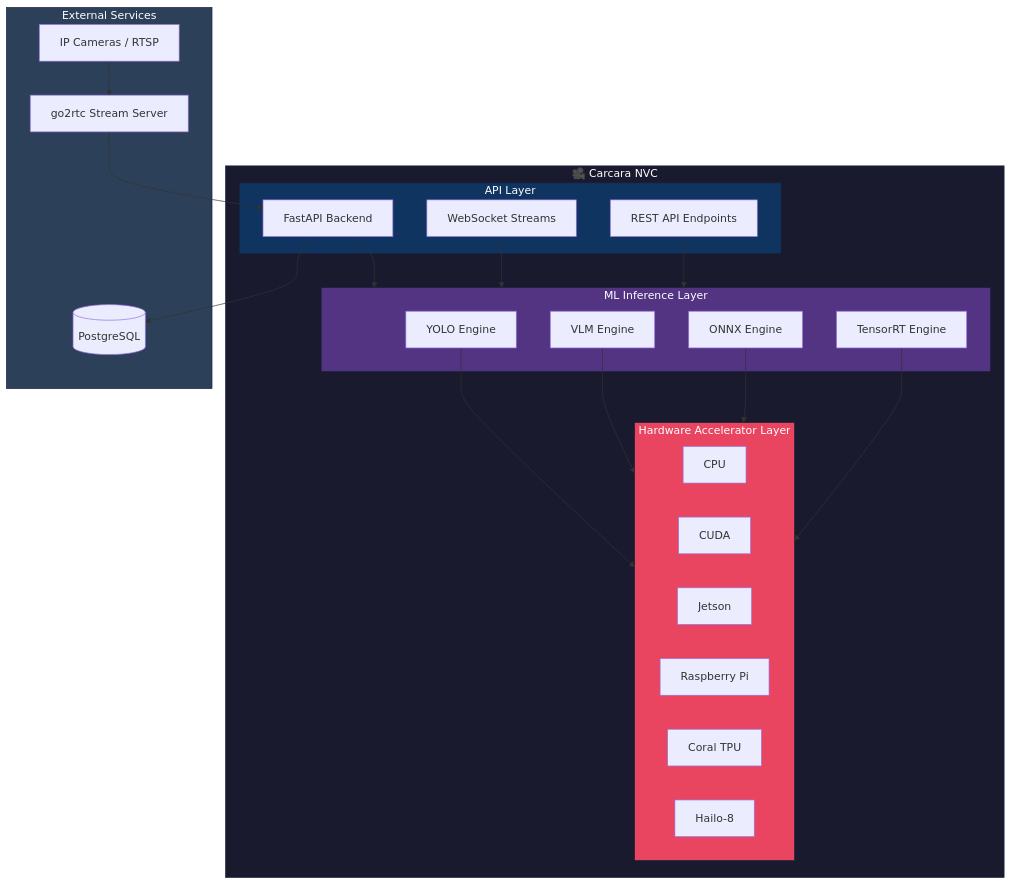
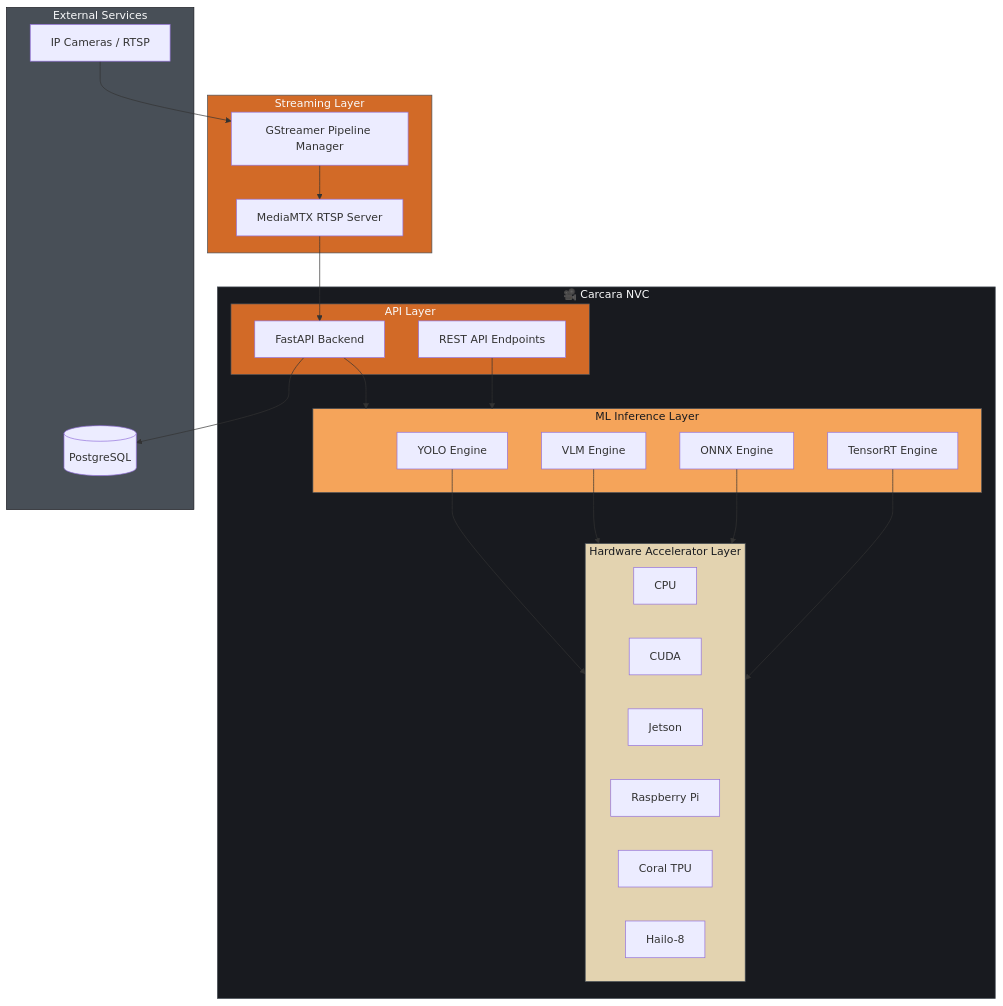
One commit to marcoscunha/carcara-vision changed the diagram in README.md. Above: the diagram before and after it, drawn with Mermaid. The commit also changed other lines of this file and 7 other files, not shown here.

````diff
--- a/README.md
+++ b/README.md
@@ -29,51 +29,55 @@
 ```mermaid
 flowchart TB
     subgraph CarcaraNVC["🎥 Carcara NVC"]
         subgraph API["API Layer"]
             FastAPI["FastAPI Backend"]
-            WebSocket["WebSocket Streams"]
             REST["REST API Endpoints"]
         end
 
         subgraph ML["ML Inference Layer"]
             YOLO["YOLO Engine"]
             VLM["VLM Engine"]
             ONNX["ONNX Engine"]
             TensorRT["TensorRT Engine"]
         end
 
         subgraph HW["Hardware Accelerator Layer"]
             CPU["CPU"]
             CUDA["CUDA"]
             Jetson["Jetson"]
             RPi["Raspberry Pi"]
             Coral["Coral TPU"]
             Hailo["Hailo-8"]
         end
     end
 
+    subgraph Streaming["Streaming Layer"]
+        GStreamer["GStreamer Pipeline Manager"]
+        MediaMTX["MediaMTX RTSP Server"]
+    end
+
     subgraph External["External Services"]
-        go2rtc["go2rtc Stream Server"]
         DB[(PostgreSQL)]
         Cameras["IP Cameras / RTSP"]
     end
 
     FastAPI --> ML
-    WebSocket --> ML
     REST --> ML
 
     YOLO --> HW
     VLM --> HW
     ONNX --> HW
     TensorRT --> HW
 
-    Cameras --> go2rtc
-    go2rtc --> FastAPI
+    Cameras --> GStreamer
+    GStreamer --> MediaMTX
+    MediaMTX --> FastAPI
     FastAPI --> DB
 
-    style CarcaraNVC fill:#1a1a2e,stroke:#16213e,color:#fff
-    style API fill:#0f3460,stroke:#16213e,color:#fff
-    style ML fill:#533483,stroke:#16213e,color:#fff
-    style HW fill:#e94560,stroke:#16213e,color:#fff
-    style External fill:#2d4059,stroke:#16213e,color:#fff
+    style CarcaraNVC fill:#181A1F,stroke:#484F57,color:#F9FAFB
+    style API fill:#D26A27,stroke:#484F57,color:#F9FAFB
+    style ML fill:#F5A45A,stroke:#484F57,color:#181A1F
+    style HW fill:#E3D3B0,stroke:#484F57,color:#181A1F
+    style Streaming fill:#D26A27,stroke:#484F57,color:#F9FAFB
+    style External fill:#484F57,stroke:#181A1F,color:#F9FAFB
 ```
````
